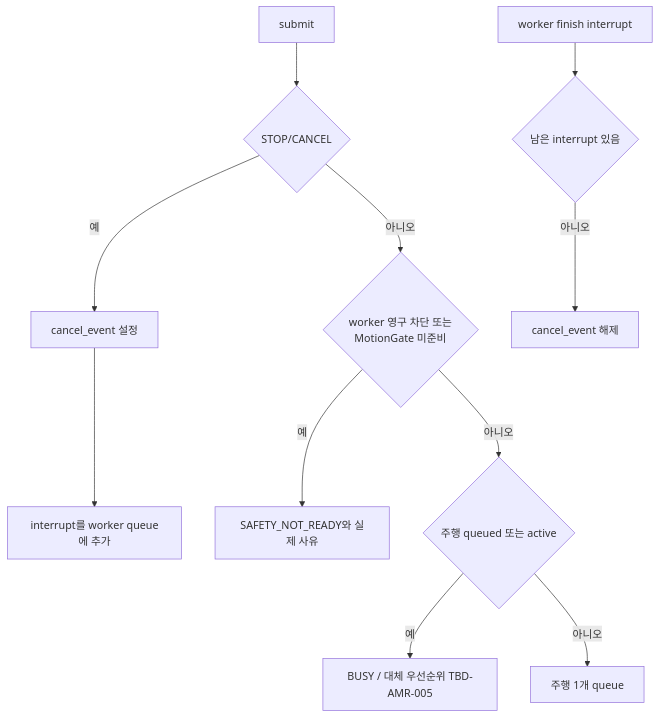
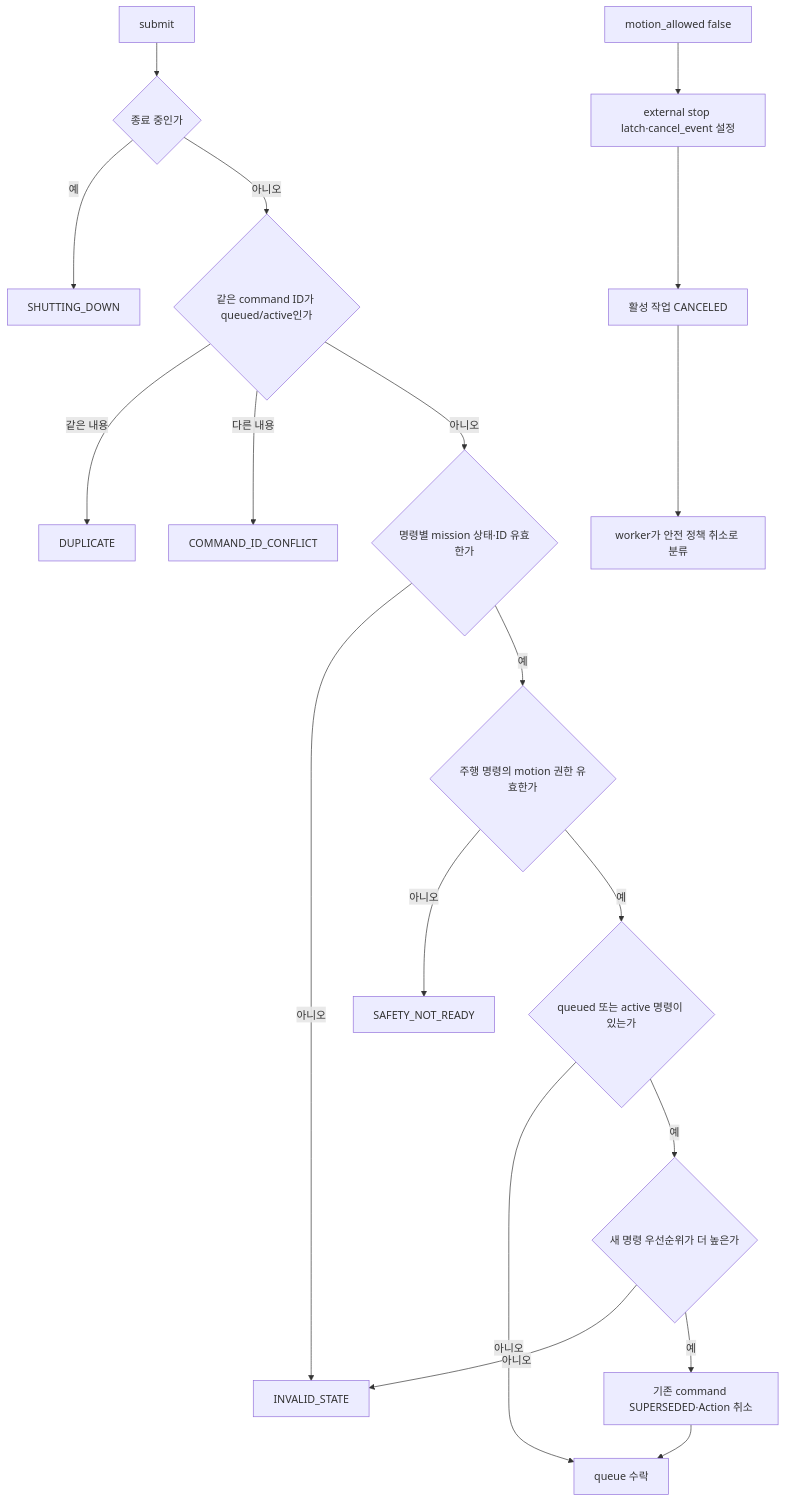
One commit to suuuhululu/patrol changed the eighth of 29 diagrams in src/patrol_amr/docs/mission_navigation.md. Above: the diagram before and after it, drawn with Mermaid. The commit also changed other lines of this file and 22 other files, not shown here.

Commit message:
feat(amr): implement mission contract and arbitration

```diff
--- a/src/patrol_amr/docs/mission_navigation.md
+++ b/src/patrol_amr/docs/mission_navigation.md
@@ -218,13 +220,21 @@
 ~~~mermaid
 flowchart TD
-    A[submit] --> B{STOP/CANCEL}
-    B -->|예| C[cancel_event 설정]
-    C --> D[interrupt를 worker queue에 추가]
-    B -->|아니오| E{worker 영구 차단 또는<br/>MotionGate 미준비}
-    E -->|예| R[SAFETY_NOT_READY와 실제 사유]
-    E -->|아니오| F{주행 queued 또는 active}
-    F -->|예| G[BUSY / 대체 우선순위 TBD-AMR-005]
-    F -->|아니오| H[주행 1개 queue]
-    I[worker finish interrupt] --> J{남은 interrupt 있음}
-    J -->|아니오| K[cancel_event 해제]
+    A[submit] --> B{종료 중인가}
+    B -->|예| X[SHUTTING_DOWN]
+    B -->|아니오| C{같은 command ID가 queued/active인가}
+    C -->|같은 내용| D[DUPLICATE]
+    C -->|다른 내용| E[COMMAND_ID_CONFLICT]
+    C -->|아니오| F{명령별 mission 상태·ID 유효한가}
+    F -->|아니오| G[INVALID_STATE]
+    F -->|예| H{주행 명령의 motion 권한 유효한가}
+    H -->|아니오| I[SAFETY_NOT_READY]
+    H -->|예| J{queued 또는 active 명령이 있는가}
+    J -->|아니오| K[queue 수락]
+    J -->|예| L{새 명령 우선순위가 더 높은가}
+    L -->|아니오| G
+    L -->|예| M[기존 command SUPERSEDED·Action 취소]
+    M --> K
+    N[motion_allowed false] --> O[external stop latch·cancel_event 설정]
+    O --> P[활성 작업 CANCELED]
+    P --> Q[worker가 안전 정책 취소로 분류]
 ~~~
```
